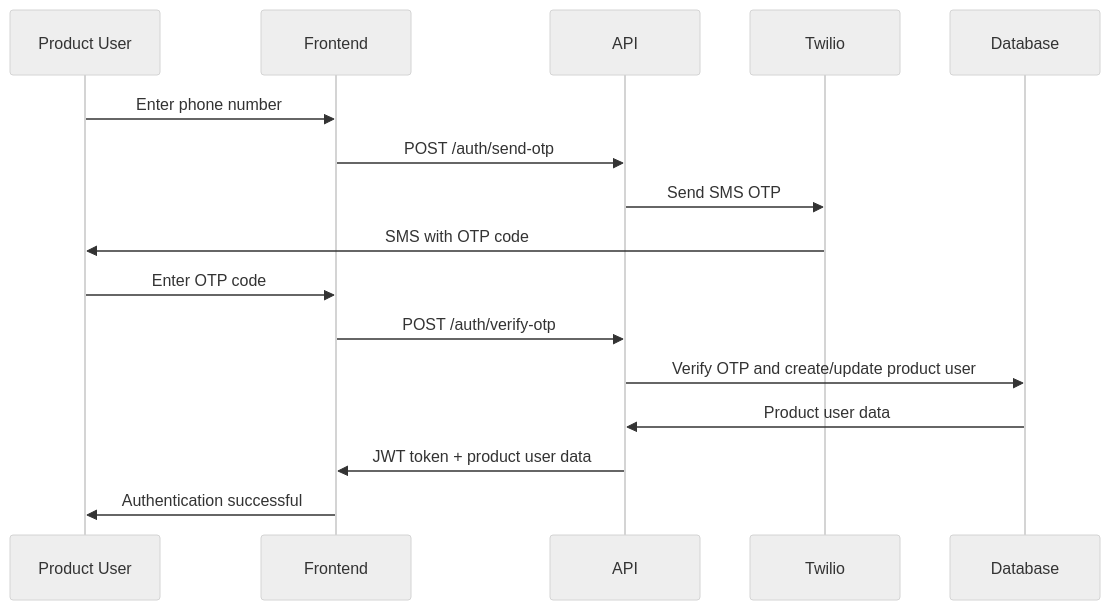
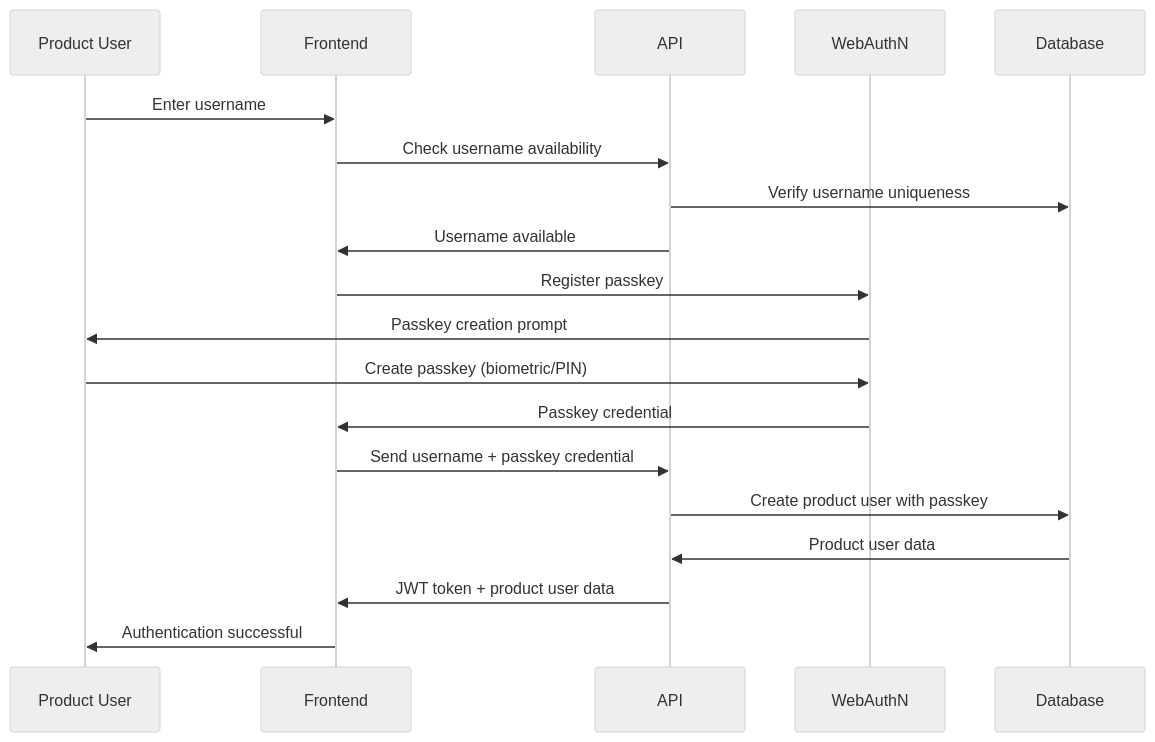
Before and after one commit to justinsisley/workout: the first of 3 diagrams in docs/architecture/core-workflows.md, drawn with Mermaid (neutral theme). The commit also changed 44 other files, not shown here.

````diff
--- a/docs/architecture/core-workflows.md
+++ b/docs/architecture/core-workflows.md
@@ -5,19 +5,22 @@
 ```mermaid
 sequenceDiagram
     participant U as Product User
     participant F as Frontend
     participant A as API
-    participant T as Twilio
+    participant W as WebAuthN
     participant D as Database
 
-    U->>F: Enter phone number
-    F->>A: POST /auth/send-otp
-    A->>T: Send SMS OTP
-    T->>U: SMS with OTP code
-    U->>F: Enter OTP code
-    F->>A: POST /auth/verify-otp
-    A->>D: Verify OTP and create/update product user
+    U->>F: Enter username
+    F->>A: Check username availability
+    A->>D: Verify username uniqueness
+    A->>F: Username available
+    F->>W: Register passkey
+    W->>U: Passkey creation prompt
+    U->>W: Create passkey (biometric/PIN)
+    W->>F: Passkey credential
+    F->>A: Send username + passkey credential
+    A->>D: Create product user with passkey
     D->>A: Product user data
     A->>F: JWT token + product user data
     F->>U: Authentication successful
 ```
````
